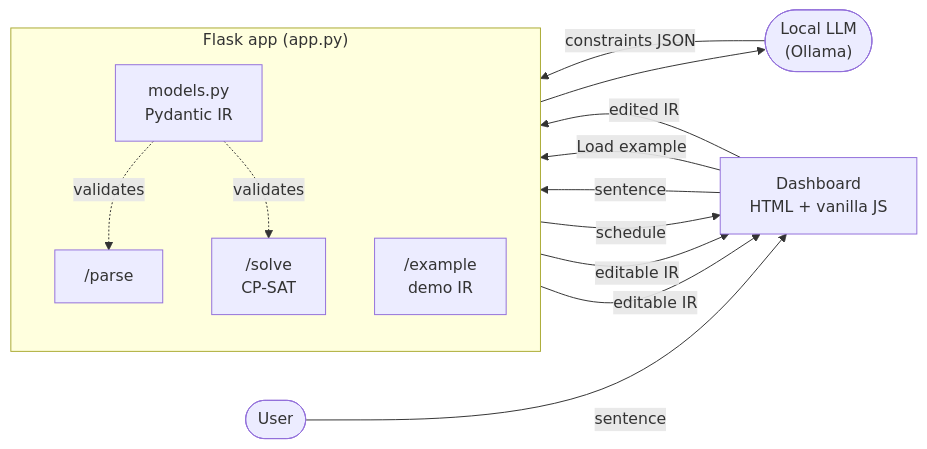
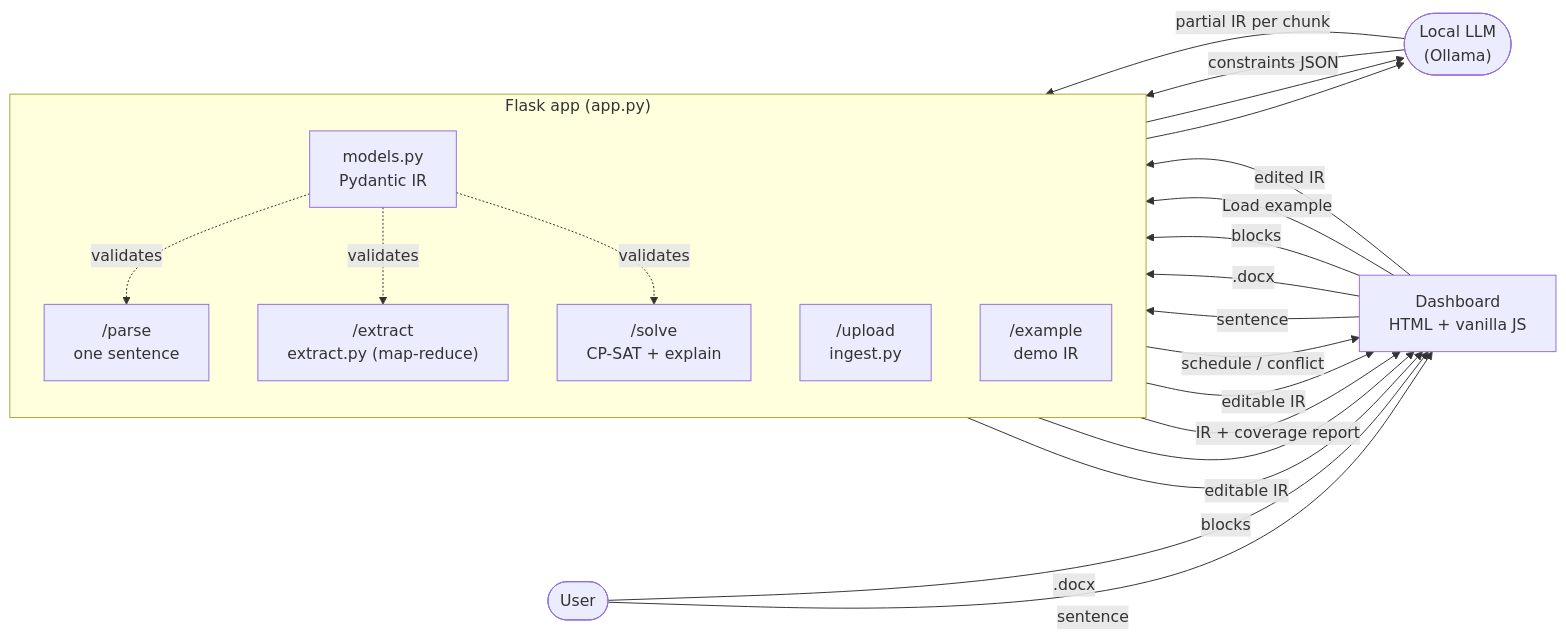
Before and after one commit to henryqpham/CP-SAT-PROJECT: the diagram in README.md, drawn with Mermaid. The commit also changed other lines of this file and 17 other files, not shown here.

````diff
--- a/README.md
+++ b/README.md
@@ -28,25 +32,30 @@
 ```mermaid
 flowchart LR
     U(["User"]) -->|sentence| FE["Dashboard<br/>HTML + vanilla JS"]
+    U -->|".docx"| FE
 
     subgraph FLASK["Flask app (app.py)"]
         direction TB
-        PARSE["/parse"]
-        SOLVE["/solve<br/>CP-SAT"]
+        PARSE["/parse<br/>one sentence"]
+        UPLOAD["/upload<br/>ingest.py"]
+        EXTRACT["/extract<br/>extract.py (map-reduce)"]
+        SOLVE["/solve<br/>CP-SAT + explain"]
         EXAMPLE["/example<br/>demo IR"]
         MODELS["models.py<br/>Pydantic IR"]
     end
 
     LLM(["Local LLM<br/>(Ollama)"])
 
-    FE -->|sentence| PARSE
-    PARSE --> LLM
+    FE -->|sentence| PARSE --> LLM
+    FE -->|".docx"| UPLOAD -->|blocks| FE
+    FE -->|blocks| EXTRACT --> LLM
     LLM -->|constraints JSON| PARSE
+    LLM -->|partial IR per chunk| EXTRACT
     PARSE -->|editable IR| FE
-    FE -->|"Load example"| EXAMPLE
-    EXAMPLE -->|editable IR| FE
-    FE -->|edited IR| SOLVE
-    SOLVE -->|schedule| FE
+    EXTRACT -->|"IR + coverage report"| FE
+    FE -->|"Load example"| EXAMPLE -->|editable IR| FE
+    FE -->|edited IR| SOLVE -->|schedule / conflict| FE
     MODELS -.validates.-> PARSE
+    MODELS -.validates.-> EXTRACT
     MODELS -.validates.-> SOLVE
 ```
````
